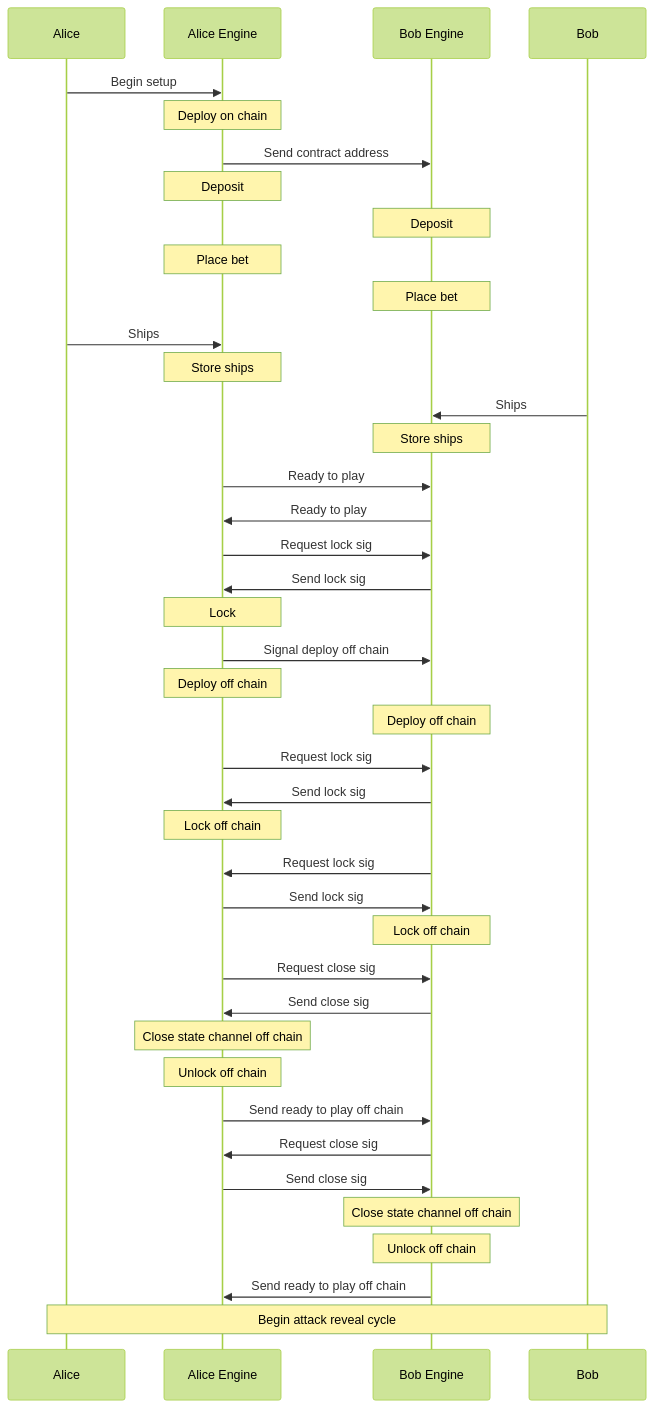
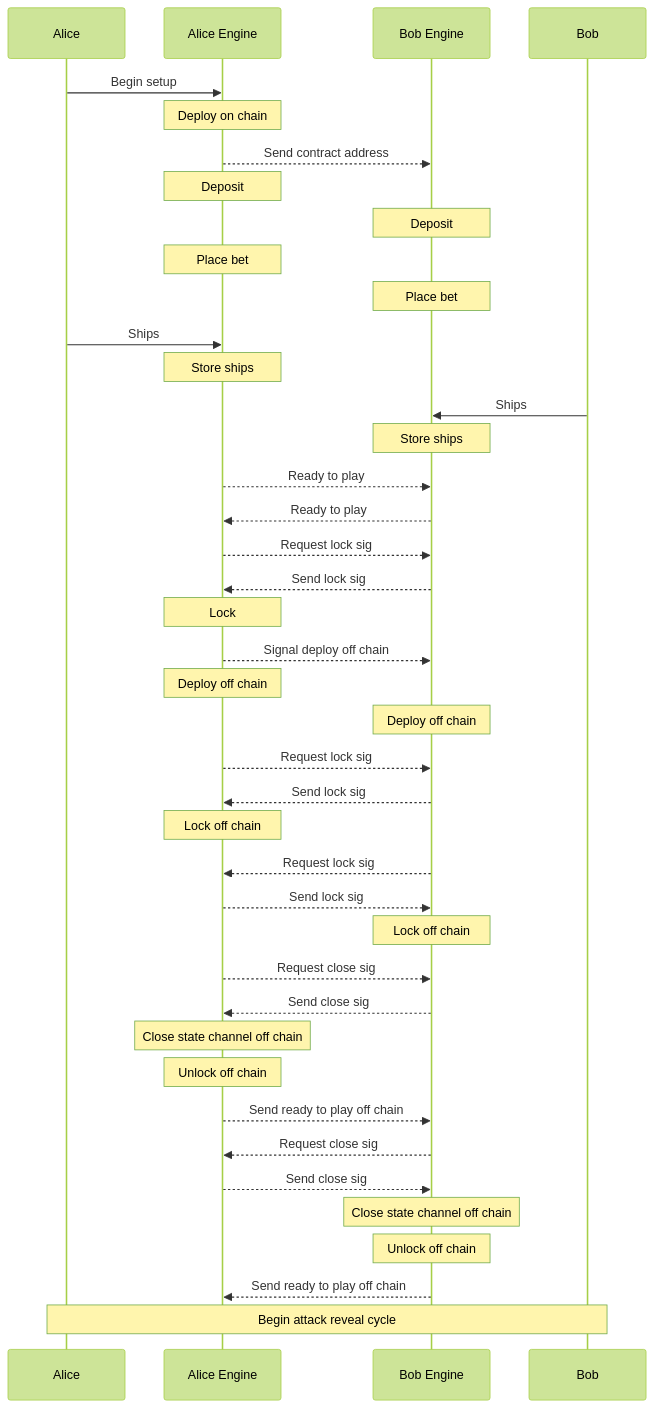
One commit to stonecoldpat/statechannels changed the first of 2 diagrams in src/diagram.md. Above: the diagram before and after it, drawn with Mermaid (forest theme). The commit also changed other lines of this file and 2 other files, not shown here.

Commit message:
Updated diagrams

````diff
--- a/src/diagram.md
+++ b/src/diagram.md
@@ -6,49 +6,49 @@
 ```mermaid
 sequenceDiagram
     participant A as Alice
     participant AE as Alice Engine
     participant BE as Bob Engine
     participant B as Bob
     A->>AE: Begin setup
     Note over AE: Deploy on chain
-    AE->>BE: Send contract address
+    AE-->>BE: Send contract address
     Note over AE: Deposit
     Note over BE: Deposit
     Note over AE: Place bet
     Note over BE: Place bet
     A->>AE: Ships
     Note over AE: Store ships
     B->>BE: Ships    
     Note over BE: Store ships
-    AE->>BE: Ready to play
-    BE->>AE: Ready to play
-    AE->>BE: Request lock sig
-    BE->>AE: Send lock sig
+    AE-->>BE: Ready to play
+    BE-->>AE: Ready to play
+    AE-->>BE: Request lock sig
+    BE-->>AE: Send lock sig
     Note over AE: Lock
-    AE->>BE: Signal deploy off chain
+    AE-->>BE: Signal deploy off chain
     Note over AE: Deploy off chain
     Note over BE: Deploy off chain
     
     #locking off chain
-    AE->>BE: Request lock sig
-    BE->>AE: Send lock sig
+    AE-->>BE: Request lock sig
+    BE-->>AE: Send lock sig
     Note over AE: Lock off chain
 
-    BE->>AE: Request lock sig
-    AE->>BE: Send lock sig
+    BE-->>AE: Request lock sig
+    AE-->>BE: Send lock sig
     Note over BE: Lock off chain
 
-    AE->>BE: Request close sig
-    BE->>AE: Send close sig
+    AE-->>BE: Request close sig
+    BE-->>AE: Send close sig
     Note over AE: Close state channel off chain
     Note over AE: Unlock off chain
-    AE->>BE: Send ready to play off chain
+    AE-->>BE: Send ready to play off chain
 
-    BE->>AE: Request close sig
-    AE->>BE: Send close sig
+    BE-->>AE: Request close sig
+    AE-->>BE: Send close sig
     Note over BE: Close state channel off chain
     Note over BE: Unlock off chain
-    BE->>AE: Send ready to play off chain
+    BE-->>AE: Send ready to play off chain
 
     Note over A,B: Begin attack reveal cycle
 ```
````
